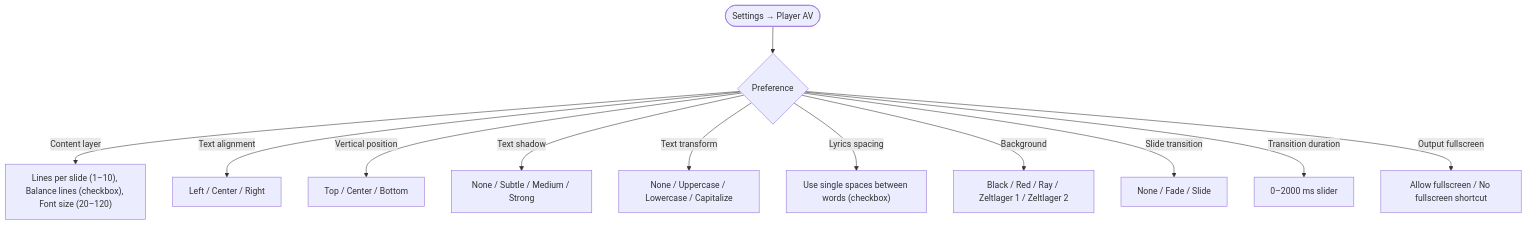
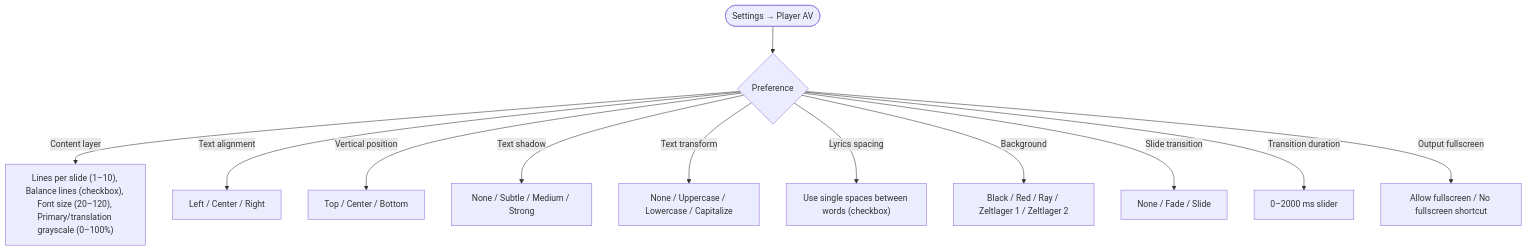
Diagram 41 of 48 in docs/architecture/frontend-user-flows.md (xilefmusics/worship_viewer), drawn with Mermaid before and after one commit. The commit also changed 12 other files, not shown here.

````diff
--- a/docs/architecture/frontend-user-flows.md
+++ b/docs/architecture/frontend-user-flows.md
@@ -694,14 +694,14 @@
 ```mermaid
 flowchart TD
     a(["Settings → Player AV"]) --> opt{Preference}
-    opt -->|Content layer| cl["Lines per slide (1–10), Balance lines (checkbox), Font size (20–120)"]
+    opt -->|Content layer| cl["Lines per slide (1–10), Balance lines (checkbox), Font size (20–120), Primary/translation grayscale (0–100%)"]
     opt -->|Text alignment| al["Left / Center / Right"]
     opt -->|Vertical position| vp["Top / Center / Bottom"]
     opt -->|Text shadow| sh["None / Subtle / Medium / Strong"]
     opt -->|Text transform| tt["None / Uppercase / Lowercase / Capitalize"]
     opt -->|Lyrics spacing| ls["Use single spaces between words (checkbox)"]
     opt -->|Background| bg["Black / Red / Ray / Zeltlager 1 / Zeltlager 2"]
     opt -->|Slide transition| tr["None / Fade / Slide"]
     opt -->|Transition duration| dur["0–2000 ms slider"]
     opt -->|Output fullscreen| of["Allow fullscreen / No fullscreen shortcut"]
 ```
````
